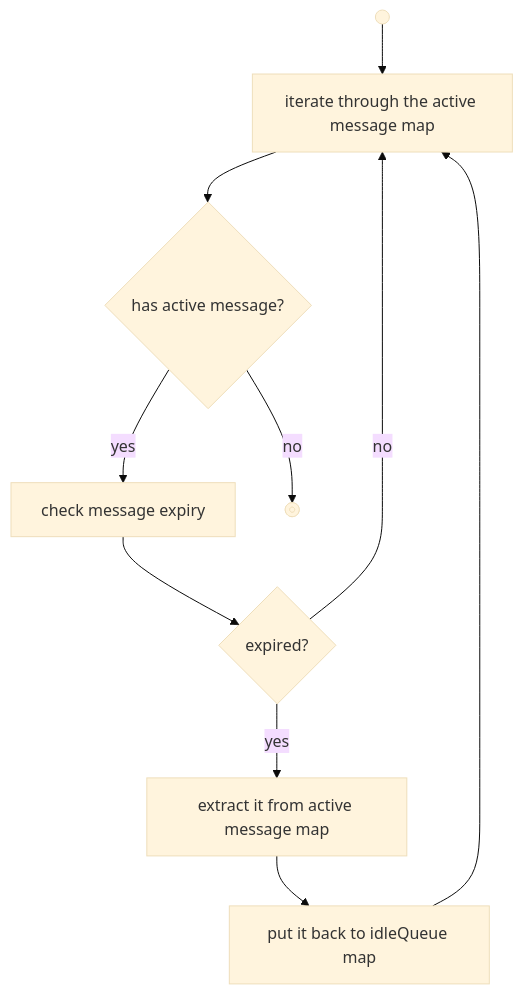
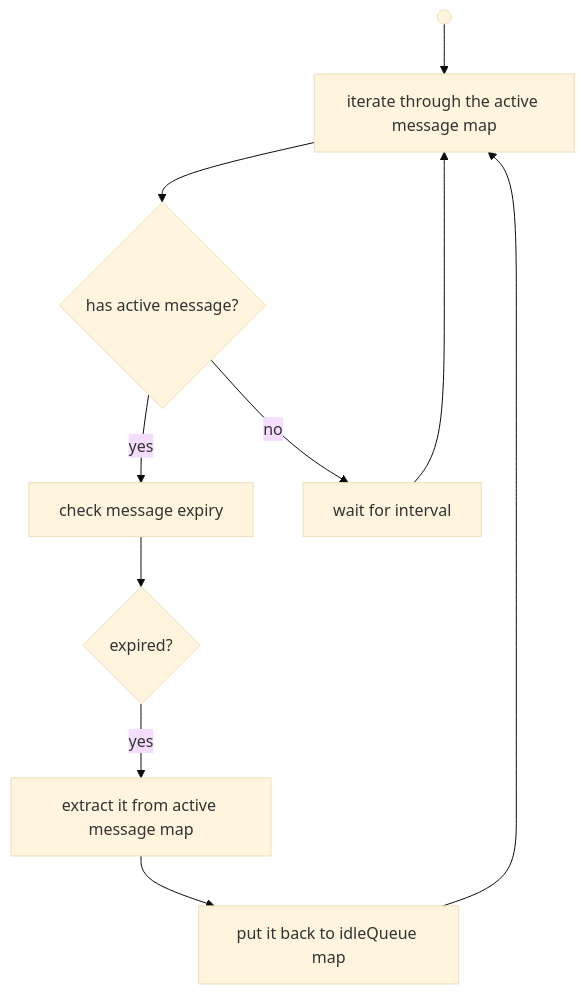
Before and after one commit to vembry/broker: the fourth of 4 diagrams in README.md, drawn with Mermaid (base theme).

Commit message:
chore: update diagram

````diff
--- a/README.md
+++ b/README.md
@@ -71,14 +71,14 @@
 ```mermaid
 
 flowchart TD
     0a@{ shape: sm-circ, label: "Small start" } --> 1[iterate through the active message map]
     1 --> 2{has active message?}
-    2 -- no --> 0b@{ shape: framed-circle, label: "Stop" }
+    2 -- no --> 2.1[wait for interval]
+    2.1 --> 1
     2 -- yes --> 3[check message expiry]
     3 --> 4{expired?}
-    4 -- no --> 1
     4 -- yes --> 5[extract it from active message map]
     5 --> 6[put it back to idleQueue map]
     6 --> 1
 
 ```
````
